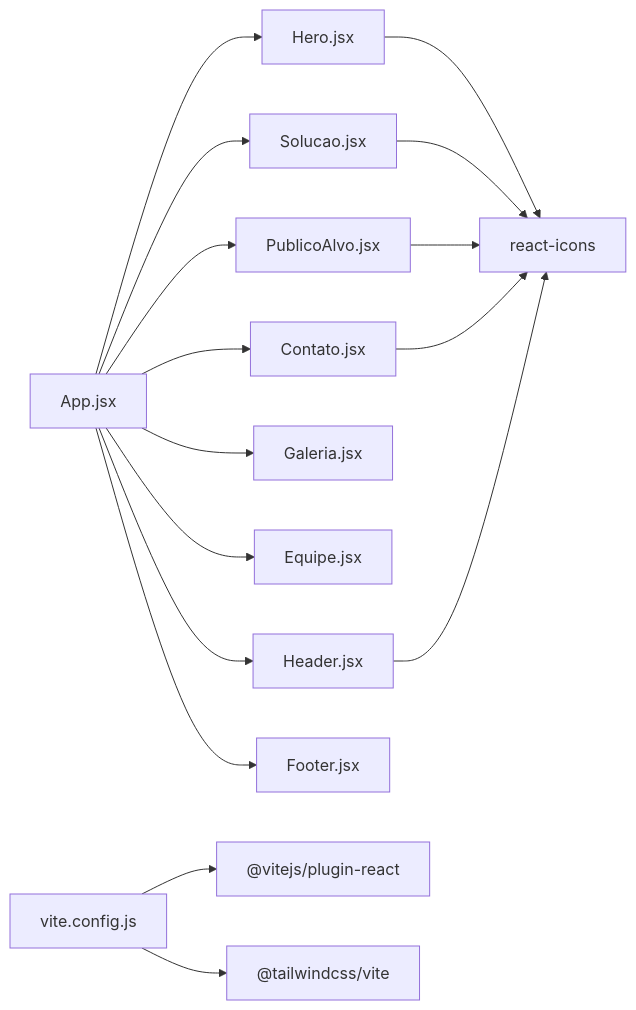
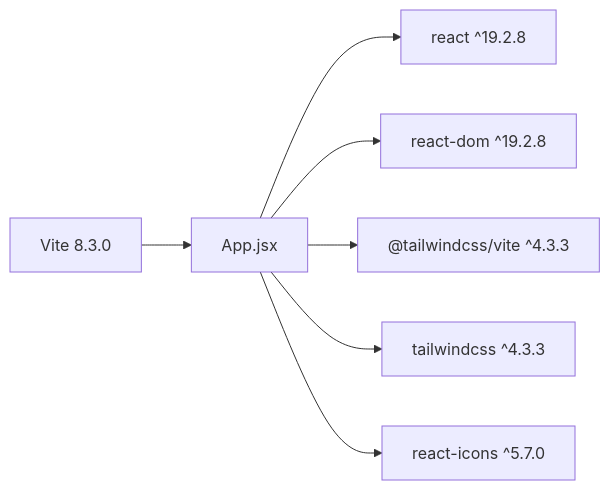
The eighth of 8 diagrams in .qoder/repowiki/en/content/Project Overview.md (isadorabassoasseiro-boop/OptiCode), drawn with Mermaid before and after one commit. The commit also changed other lines of this file and 35 other files, not shown here.

````diff
--- a/.qoder/repowiki/en/content/Project Overview.md
+++ b/.qoder/repowiki/en/content/Project Overview.md
@@ -345,18 +312,9 @@
 ```mermaid
 graph LR
-App["App.jsx"] --> Header["Header.jsx"]
-App --> Hero["Hero.jsx"]
-App --> Solucao["Solucao.jsx"]
-App --> PublicoAlvo["PublicoAlvo.jsx"]
-App --> Galeria["Galeria.jsx"]
-App --> Equipe["Equipe.jsx"]
-App --> Contato["Contato.jsx"]
-App --> Footer["Footer.jsx"]
-Hero --> Icons["react-icons"]
-Solucao --> Icons
-PublicoAlvo --> Icons
-Contato --> Icons
-Header --> Icons
-Vite["vite.config.js"] --> React["@vitejs/plugin-react"]
-Vite --> Tailwind["@tailwindcss/vite"]
+App["App.jsx"] --> React["react ^19.2.8"]
+App --> ReactDOM["react-dom ^19.2.8"]
+App --> Tailwind["@tailwindcss/vite ^4.3.3"]
+App --> TailwindCSS["tailwindcss ^4.3.3"]
+App --> ReactIcons["react-icons ^5.7.0"]
+Dev["Vite 8.3.0"] --> App
 ```
````
